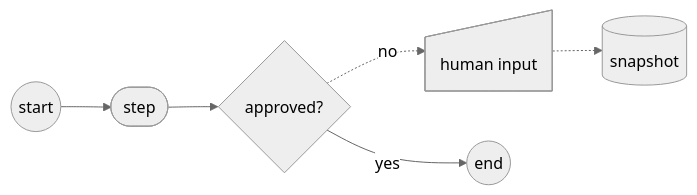
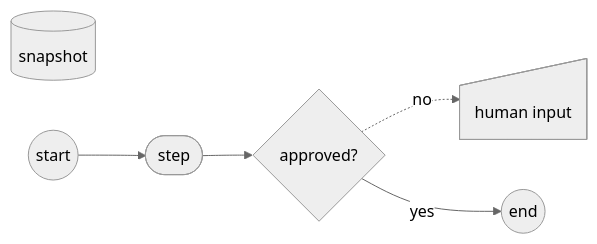
One commit to mastra-ai/mastra changed the first of 3 diagrams in docs/src/pages/kitchen-sink.mdx. Above: the diagram before and after it, drawn with Mermaid (neutral theme). The commit also changed other lines of this file and 4 other files, not shown here.

First line of the commit message:
fix(docs): address Mermaid review feedback

````diff
--- a/docs/src/pages/kitchen-sink.mdx
+++ b/docs/src/pages/kitchen-sink.mdx
@@ -274,14 +274,13 @@
 ```mermaid
 flowchart LR
   accTitle: Shape vocabulary
-  accDescr: A run moves from start through a step to a decision, then either to a human input wait and storage, or to end.
+  accDescr: A run moves from start through a step to a decision, then either to a human input wait or to end. A snapshot shows the storage shape.
   human@{ shape: manual-input, label: "human input" }
   store@{ shape: cyl, label: "snapshot" }
   start(( start )) --> step([step]) --> decide{approved?}
   decide pending1@-. no .-> human
-  human -.-> store
   decide accent1@-- yes --> stop(( end ))
 
   class human pending
   class stop accent
 ```
````
